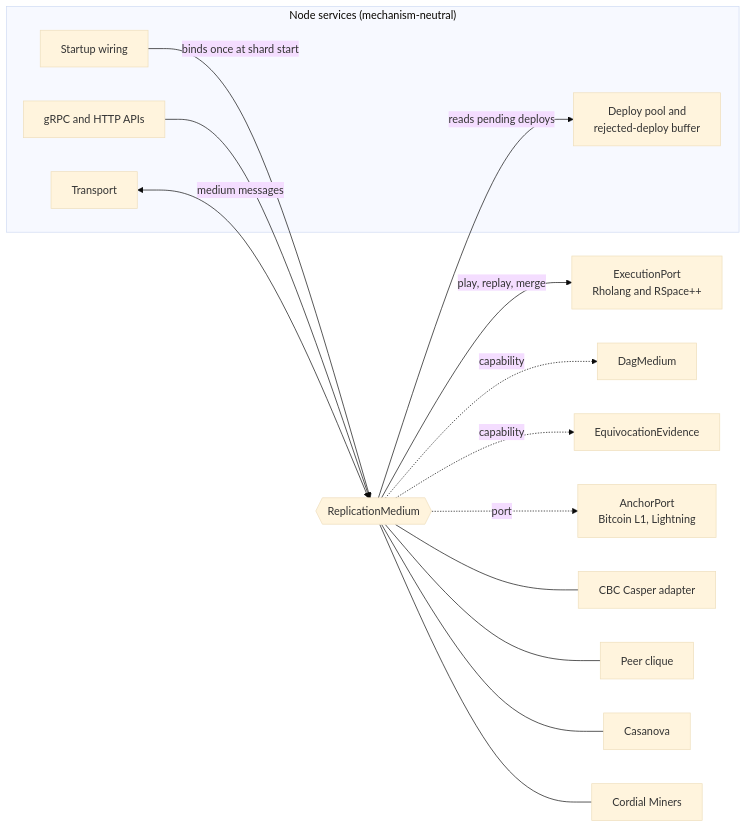
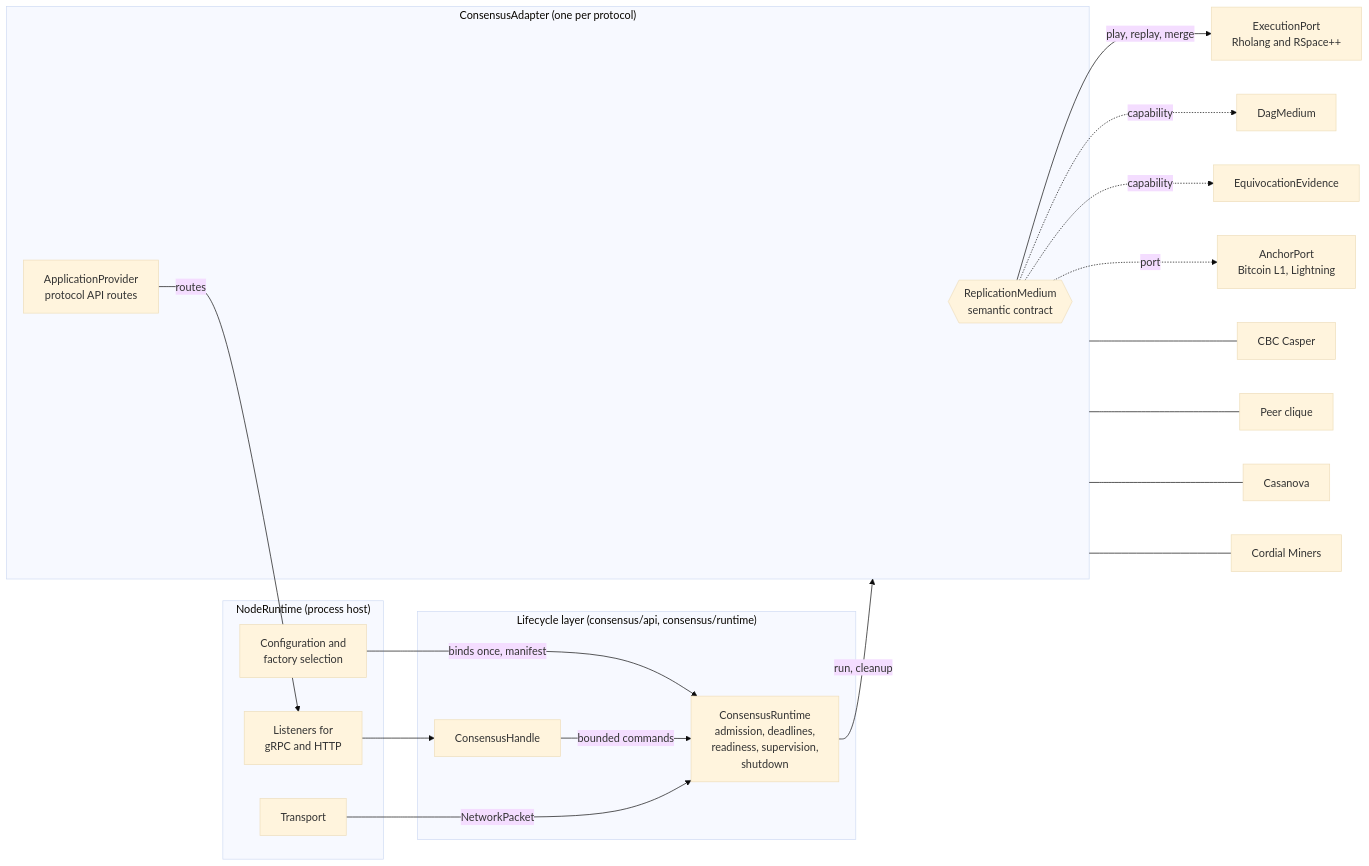
Before and after one commit to F1R3FLY-io/f1r3node-rust: the diagram in docs/designs/replication-boundary.md, drawn with Mermaid (base theme). The commit also changed other lines of this file and 4 other files, not shown here.

First line of the commit message:
docs(boundary): layer the replication boundary on the PR #651 consensus runtime (D7)

````diff
--- a/docs/designs/replication-boundary.md
+++ b/docs/designs/replication-boundary.md
@@ -70,21 +75,29 @@
 ```mermaid
 flowchart LR
-  subgraph Node["Node services (mechanism-neutral)"]
-    W[Startup wiring]
-    API[gRPC and HTTP APIs]
-    P[Deploy pool and<br/>rejected-deploy buffer]
+  subgraph Host["NodeRuntime (process host)"]
+    W[Configuration and<br/>factory selection]
+    API[Listeners for<br/>gRPC and HTTP]
     T[Transport]
   end
-  W -->|binds once at shard start| RM{{ReplicationMedium}}
-  API --> RM
-  RM -->|reads pending deploys| P
-  T <-->|medium messages| RM
+  subgraph Life["Lifecycle layer (consensus/api, consensus/runtime)"]
+    CR[ConsensusRuntime<br/>admission, deadlines,<br/>readiness, supervision,<br/>shutdown]
+    H[ConsensusHandle]
+  end
+  subgraph Adapter["ConsensusAdapter (one per protocol)"]
+    RM{{ReplicationMedium<br/>semantic contract}}
+    APP[ApplicationProvider<br/>protocol API routes]
+  end
+  W -->|binds once, manifest| CR
+  CR -->|run, cleanup| Adapter
+  API --> H -->|bounded commands| CR
+  T -->|NetworkPacket| CR
+  APP -->|routes| API
   RM -->|play, replay, merge| X[ExecutionPort<br/>Rholang and RSpace++]
   RM -. capability .-> D[DagMedium]
   RM -. capability .-> E[EquivocationEvidence]
   RM -. port .-> A[AnchorPort<br/>Bitcoin L1, Lightning]
-  RM --- C1[CBC Casper adapter]
-  RM --- C2[Peer clique]
-  RM --- C3[Casanova]
-  RM --- C4[Cordial Miners]
+  Adapter --- C1[CBC Casper]
+  Adapter --- C2[Peer clique]
+  Adapter --- C3[Casanova]
+  Adapter --- C4[Cordial Miners]
 ```
````
